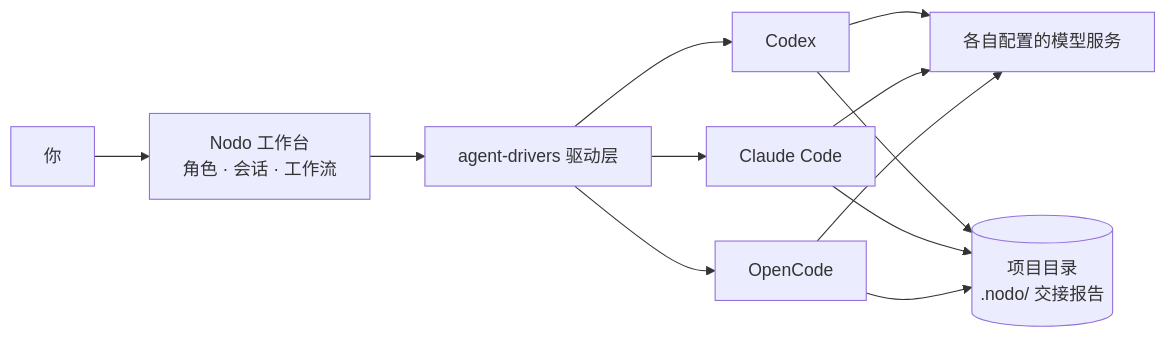
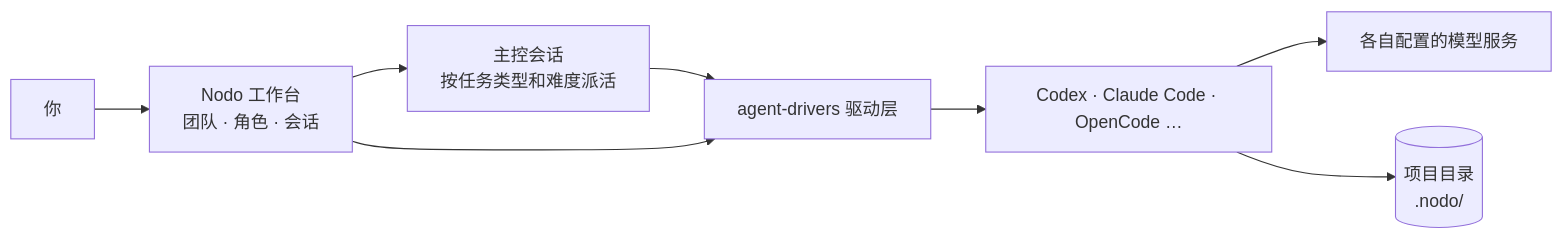
Before and after one commit to waikoeng234/Nodo: the diagram in README.md, drawn with Mermaid. The commit also changed other lines of this file and 71 other files, not shown here.

````diff
--- a/README.md
+++ b/README.md
@@ -93,10 +81,10 @@
 ```mermaid
 flowchart LR
-    U[你] --> N[Nodo 工作台<br/>角色 · 会话 · 工作流]
-    N --> D[agent-drivers 驱动层]
-    D --> A1[Codex]
-    D --> A2[Claude Code]
-    D --> A3[OpenCode]
-    A1 & A2 & A3 --> M[各自配置的模型服务]
-    A1 & A2 & A3 --> P[(项目目录<br/>.nodo/ 交接报告)]
+    U[你] --> N[Nodo 工作台<br/>团队 · 角色 · 会话]
+    N --> L[主控会话<br/>按任务类型和难度派活]
+    L --> D[agent-drivers 驱动层]
+    N --> D
+    D --> A[Codex · Claude Code · OpenCode …]
+    A --> M[各自配置的模型服务]
+    A --> P[(项目目录<br/>.nodo/)]
 ```
````
